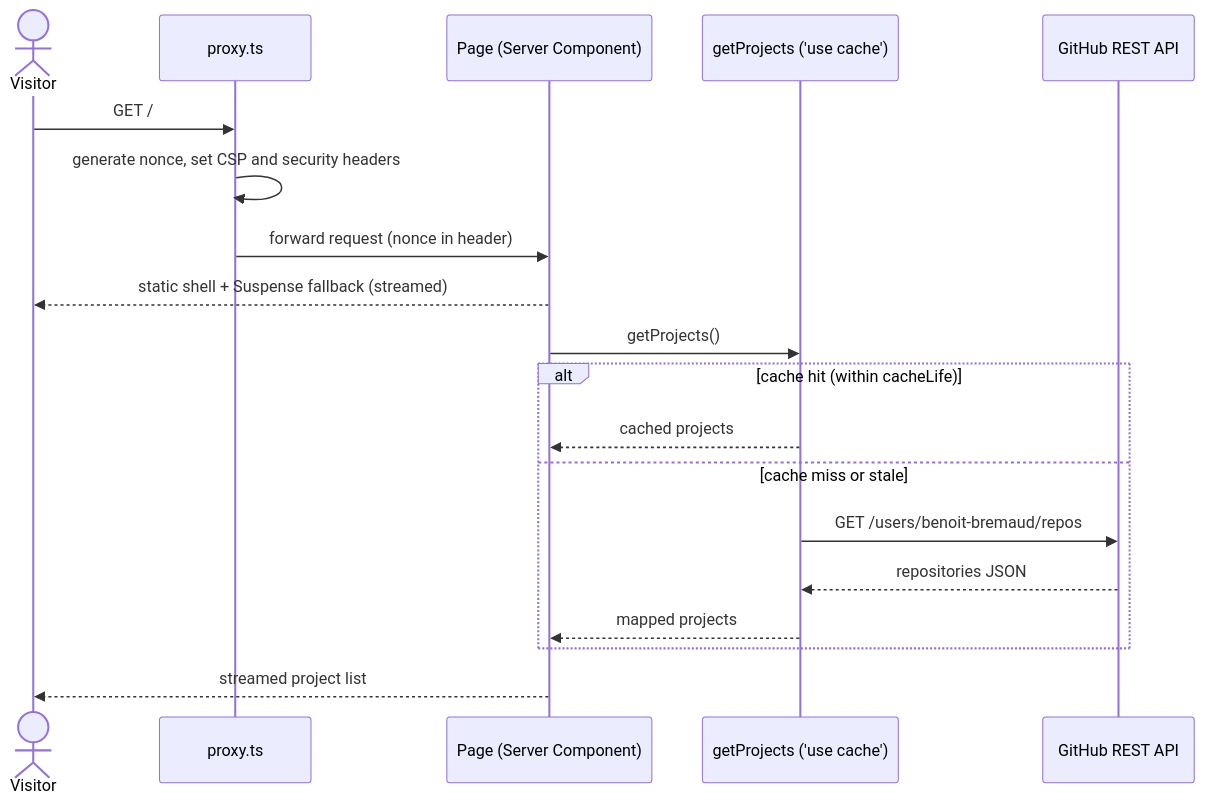
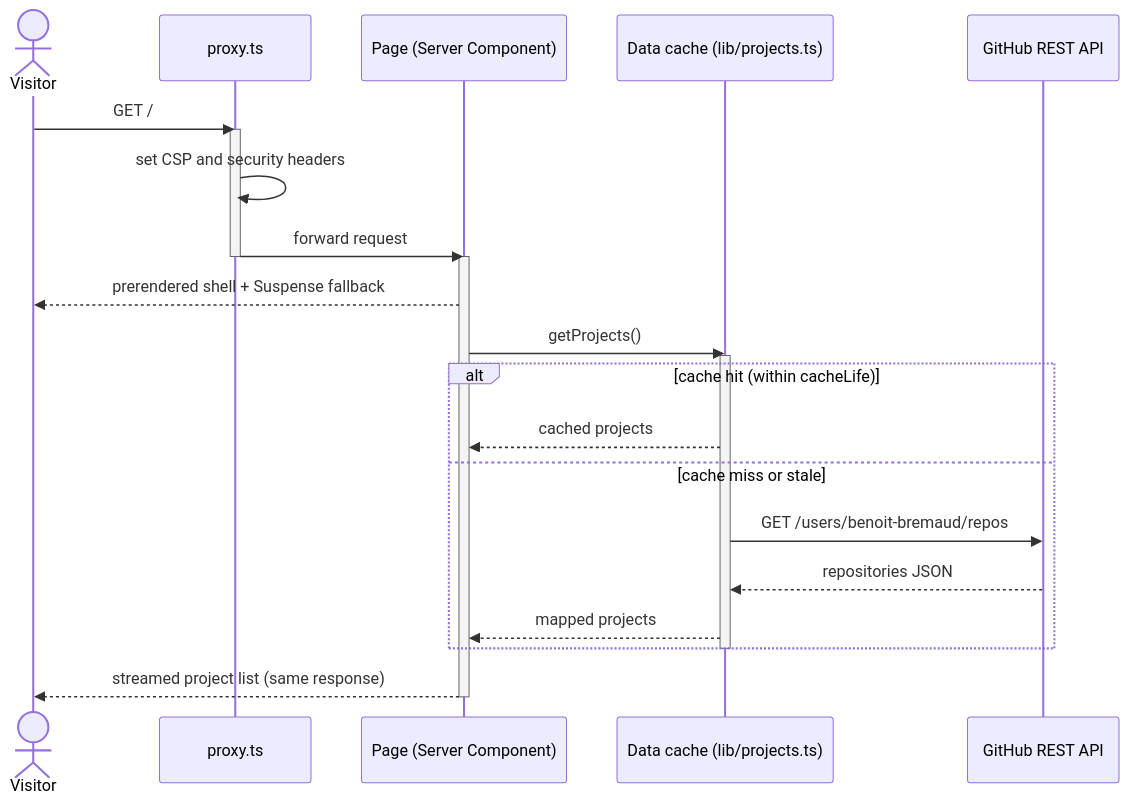
The diagram in docs/architecture/diagrams/dashboard/03-sequence.md (benoit-bremaud/nextjs-showcase), drawn with Mermaid before and after one commit. The commit also changed other lines of this file and 5 other files, not shown here.

First line of the commit message:
docs(architecture): apply the local review to the conception

````diff
--- a/docs/architecture/diagrams/dashboard/03-sequence.md
+++ b/docs/architecture/diagrams/dashboard/03-sequence.md
@@ -5,21 +7,27 @@
 ```mermaid
 sequenceDiagram
   actor V as Visitor
   participant P as proxy.ts
   participant R as Page (Server Component)
-  participant C as getProjects ('use cache')
+  participant D as Data cache (lib/projects.ts)
   participant G as GitHub REST API
   V->>P: GET /
-  P->>P: generate nonce, set CSP and security headers
-  P->>R: forward request (nonce in header)
-  R-->>V: static shell + Suspense fallback (streamed)
-  R->>C: getProjects()
+  activate P
+  P->>P: set CSP and security headers
+  P->>R: forward request
+  deactivate P
+  activate R
+  R-->>V: prerendered shell + Suspense fallback
+  R->>D: getProjects()
+  activate D
   alt cache hit (within cacheLife)
-    C-->>R: cached projects
+    D-->>R: cached projects
   else cache miss or stale
-    C->>G: GET /users/benoit-bremaud/repos
-    G-->>C: repositories JSON
-    C-->>R: mapped projects
+    D->>G: GET /users/benoit-bremaud/repos
+    G-->>D: repositories JSON
+    D-->>R: mapped projects
   end
-  R-->>V: streamed project list
+  deactivate D
+  R-->>V: streamed project list (same response)
+  deactivate R
 ```
````
